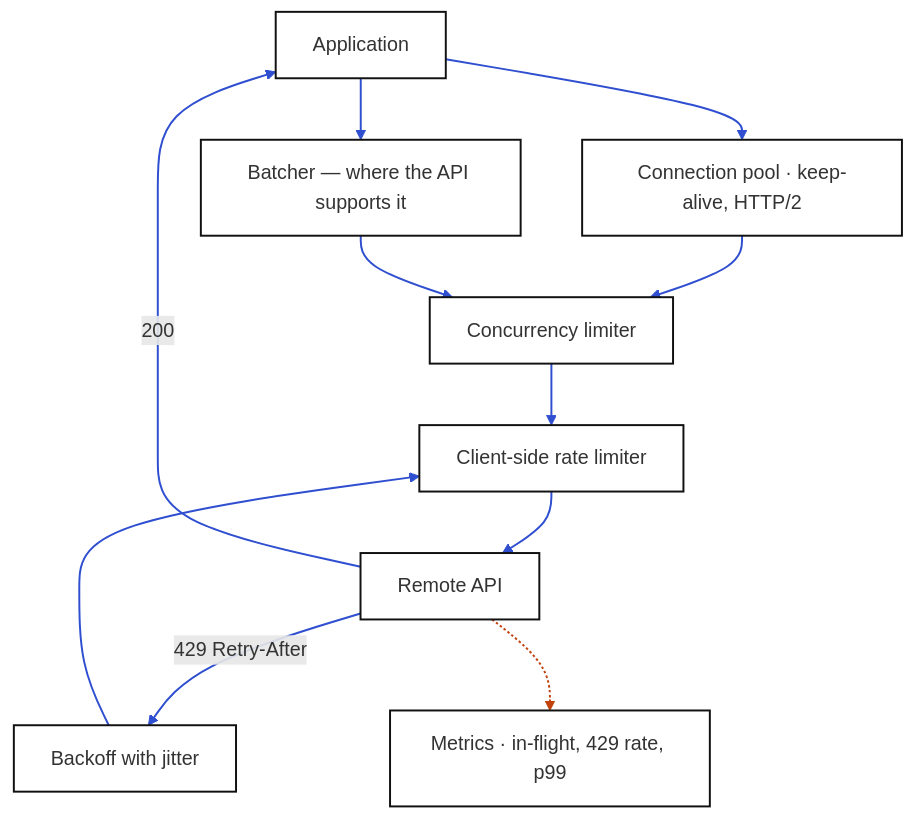
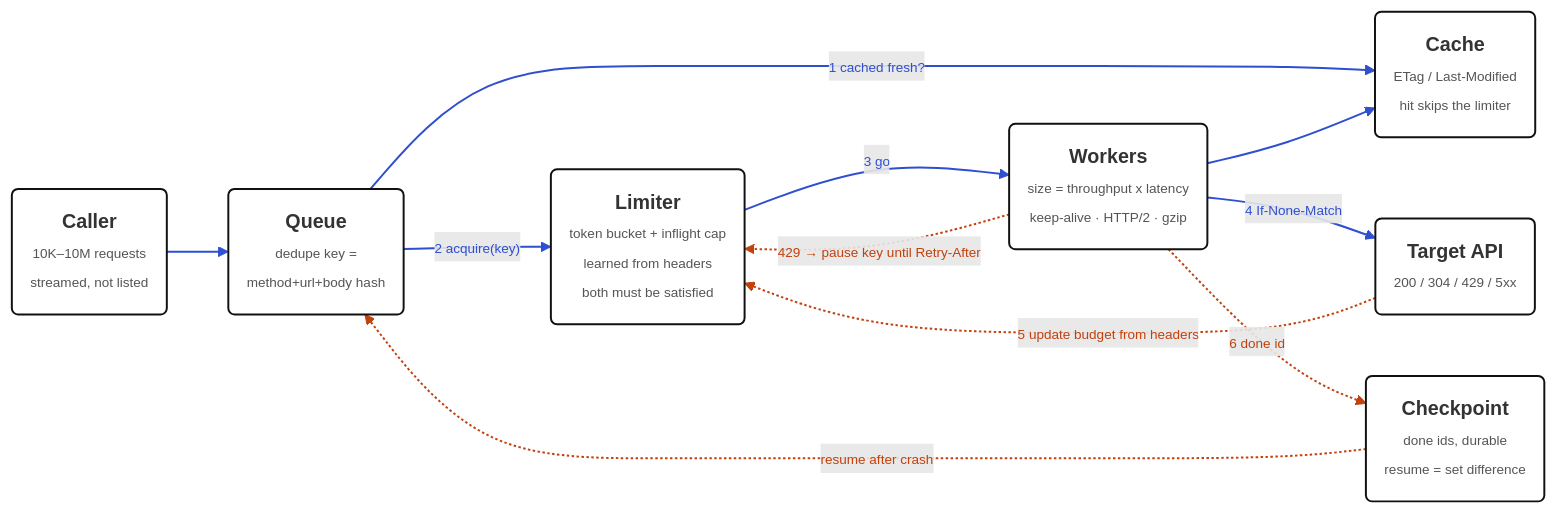
One commit to kkanakka/kkanakka.github.io changed the diagram in diagrams-src/http-optimize/architecture.mmd. Above: the diagram before and after it, drawn with Mermaid. The commit also changed 15 other files, not shown here.

First line of the commit message:
Rebuild eight more architecture diagrams in the house style

```diff
--- a/diagrams-src/http-optimize/architecture.mmd
+++ b/diagrams-src/http-optimize/architecture.mmd
@@ -1,18 +1,26 @@
 %% section: Design
-%% caption: Architecture
-flowchart TB
-    APP["Application"] --> POOL["Connection pool · keep-alive, HTTP/2"]
-    POOL --> SEM["Concurrency limiter"]
-    SEM --> RL["Client-side rate limiter"]
-    RL --> API["Remote API"]
-    API -- "200" --> APP
-    API -- "429 Retry-After" --> BACK["Backoff with jitter"]
-    BACK --> RL
-    APP --> BATCH["Batcher — where the API supports it"]
-    BATCH --> SEM
-    API -.-> MET["Metrics · in-flight, 429 rate, p99"]
+%% caption: The cheapest request is the one never sent. Pool size comes from Little's law, not CPU count.
+flowchart LR
+    CAL("<b>Caller</b><br/><span style='font-size:11px;color:#555'>10K–10M requests<br/>streamed, not listed</span>")
+    Q("<b>Queue</b><br/><span style='font-size:11px;color:#555'>dedupe key =<br/>method+url+body hash</span>")
+    CA("<b>Cache</b><br/><span style='font-size:11px;color:#555'>ETag / Last-Modified<br/>hit skips the limiter</span>")
+    LIM("<b>Limiter</b><br/><span style='font-size:11px;color:#555'>token bucket + inflight cap<br/>learned from headers<br/>both must be satisfied</span>")
+    W("<b>Workers</b><br/><span style='font-size:11px;color:#555'>size = throughput x latency<br/>keep-alive · HTTP/2 · gzip</span>")
+    API("<b>Target API</b><br/><span style='font-size:11px;color:#555'>200 / 304 / 429 / 5xx</span>")
+    CP("<b>Checkpoint</b><br/><span style='font-size:11px;color:#555'>done ids, durable<br/>resume = set difference</span>")
+
+    CAL --> Q
+    Q -->|"<span style='font-size:11px;color:#2f4fd0'>1 cached fresh?</span>"| CA
+    Q -->|"<span style='font-size:11px;color:#2f4fd0'>2 acquire(key)</span>"| LIM
+    LIM -->|"<span style='font-size:11px;color:#2f4fd0'>3 go</span>"| W
+    W -->|"<span style='font-size:11px;color:#2f4fd0'>4 If-None-Match</span>"| API
+    API -.->|"<span style='font-size:11px;color:#c2410c'>5 update budget from headers</span>"| LIM
+    W --> CA
+    W -.->|"<span style='font-size:11px;color:#c2410c'>429 → pause key until Retry-After</span>"| LIM
+    W -.->|"<span style='font-size:11px;color:#c2410c'>6 done id</span>"| CP
+    CP -.->|"<span style='font-size:11px;color:#c2410c'>resume after crash</span>"| Q
 %% --- style (generated by scripts/style-flowcharts.js) ---
     classDef n fill:#ffffff,stroke:#111111,stroke-width:1.6px;
-    class APP,POOL,SEM,RL,API,BACK,BATCH,MET n;
-    linkStyle 0,1,2,3,4,5,6,7,8 stroke:#2f4fd0,stroke-width:1.6px;
-    linkStyle 9 stroke:#c2410c,stroke-width:1.6px;
+    class CAL,Q,CA,LIM,W,API,CP n;
+    linkStyle 0,1,2,3,4,6 stroke:#2f4fd0,stroke-width:1.6px;
+    linkStyle 5,7,8,9 stroke:#c2410c,stroke-width:1.6px;
```
